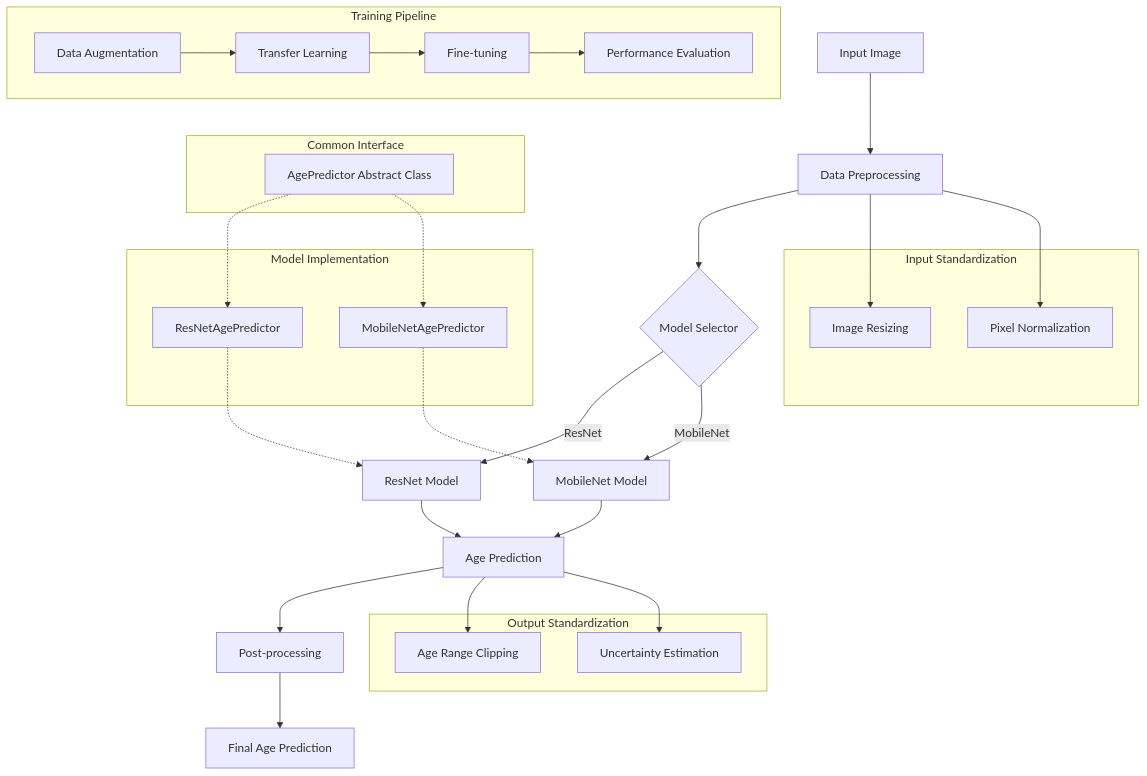
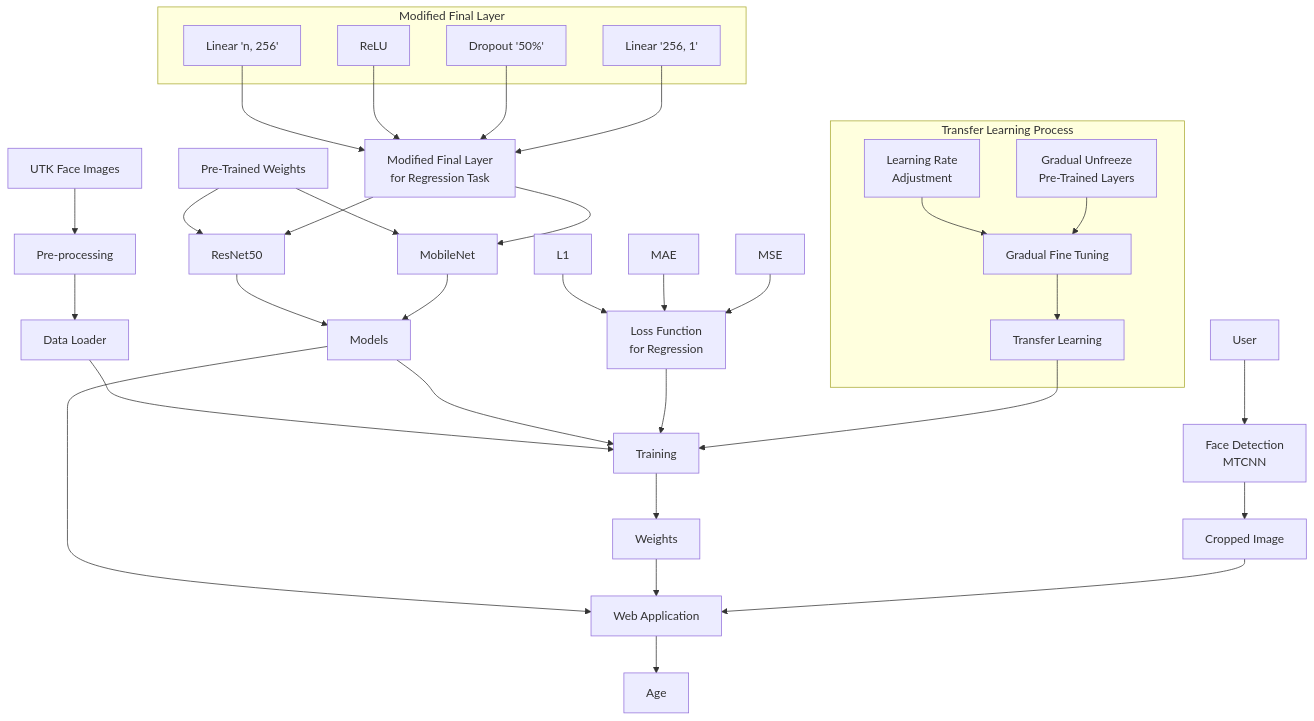
The diagram in README.md (denim-bluu/FaceAgePredictor), drawn with Mermaid before and after one commit. The commit also changed other lines of this file and 12 other files, not shown here.

````diff
--- a/README.md
+++ b/README.md
@@ -1,52 +63,46 @@
 ```mermaid
 graph TD
-    A[Input Image] --> B[Data Preprocessing]
-    B --> C{Model Selector}
-    C -->|ResNet| D[ResNet Model]
-    C -->|MobileNet| E[MobileNet Model]
-    D --> F[Age Prediction]
-    E --> F
-    F --> G[Post-processing]
-    G --> H[Final Age Prediction]
+    A[UTK Face Images] --> B[Pre-processing]
+    B --> C[Data Loader]
+    D[Pre-Trained Weights] --> E[ResNet50]
+    D --> F[MobileNet]
+    E --> G[Models]
+    F --> G
+    H[Modified Final Layer<br>for Regression Task] --> E
+    H --> F
+    I[Linear 'n, 256'] --> H
+    J[ReLU] --> H
+    K[Dropout '50%'] --> H
+    L[Linear '256, 1'] --> H
+    C --> M[Training]
+    G --> M
+    N[L1] --> O[Loss Function<br>for Regression]
+    P[MAE] --> O
+    Q[MSE] --> O
+    O --> M
+    R[Learning Rate<br>Adjustment] --> S[Gradual Fine Tuning]
+    T[Gradual Unfreeze<br>Pre-Trained Layers] --> S
+    S --> U[Transfer Learning]
+    U --> M
+    M --> V[Weights]
+    G --> W[Web Application]
+    V --> W
+    X[User] --> Y[Face Detection<br>MTCNN]
+    Y --> Z[Cropped Image]
+    Z --> W
+    W --> AA[Age]
 
-    subgraph "Common Interface"
-    I[AgePredictor Abstract Class]
-    end
+subgraph Modified Final Layer
+    I
+    J
+    K
+    L
+end
 
-    subgraph "Model Implementation"
-    J[ResNetAgePredictor]
-    K[MobileNetAgePredictor]
-    end
-
-    I -.-> J
-    I -.-> K
-    J -.-> D
-    K -.-> E
-
-    subgraph "Input Standardization"
-    L[Image Resizing]
-    M[Pixel Normalization]
-    end
-
-    B --> L
-    B --> M
-
-    subgraph "Output Standardization"
-    N[Age Range Clipping]
-    O[Uncertainty Estimation]
-    end
-
-    F --> N
-    F --> O
-
-    subgraph "Training Pipeline"
-    P[Data Augmentation]
-    Q[Transfer Learning]
-    R[Fine-tuning]
-    S[Performance Evaluation]
-    end
-
-    P --> Q
-    Q --> R
-    R --> S
-  ```
+subgraph Transfer Learning Process
+    R
+    T
+    S
+    U
+end
+```
````
